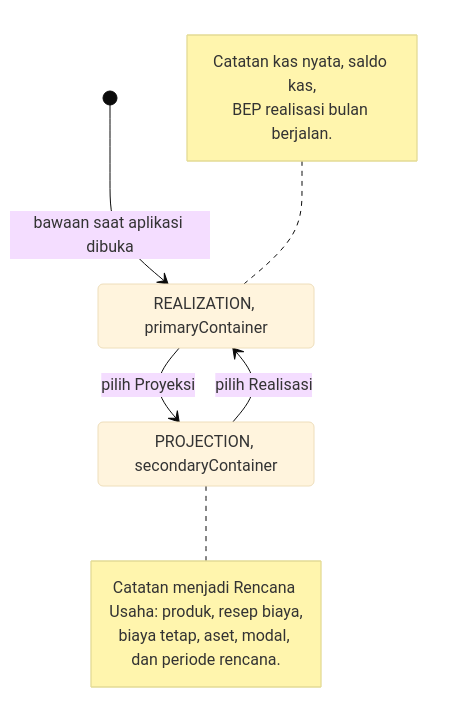
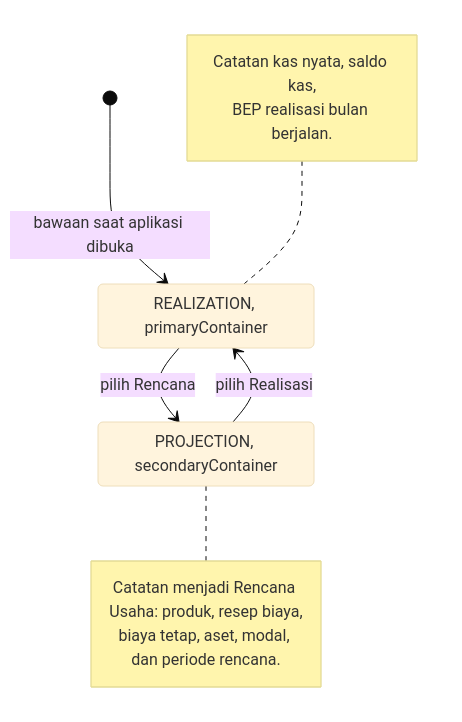
The third of 4 diagrams in docs/diagrams/07_state_diagrams.md (adsurkasur/Mankeu), drawn with Mermaid (base theme) before and after one commit. The commit also changed other lines of this file and 94 other files, not shown here.

First line of the commit message:
feat(mankeu): sync between phones as a release feature (DEC-024, schema 12)

````diff
--- a/docs/diagrams/07_state_diagrams.md
+++ b/docs/diagrams/07_state_diagrams.md
@@ -60,19 +60,19 @@
 ```mermaid
 stateDiagram-v2
     state "REALIZATION, primaryContainer" as Realization
     state "PROJECTION, secondaryContainer" as Projection
 
     [*] --> Realization : bawaan saat aplikasi dibuka
-    Realization --> Projection : pilih Proyeksi
+    Realization --> Projection : pilih Rencana
     Projection --> Realization : pilih Realisasi
 
     note right of Projection
         Catatan menjadi Rencana Usaha: produk, resep biaya,
         biaya tetap, aset, modal, dan periode rencana.
     end note
 
     note left of Realization
         Catatan kas nyata, saldo kas,
         BEP realisasi bulan berjalan.
     end note
 ```
````
